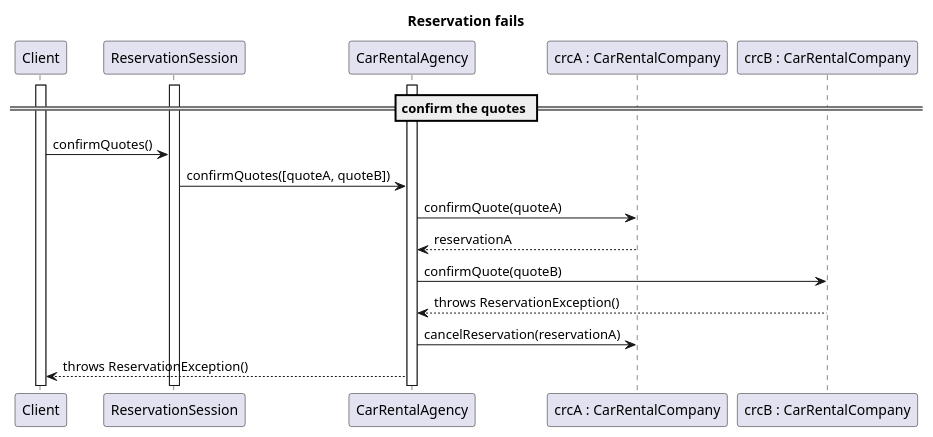
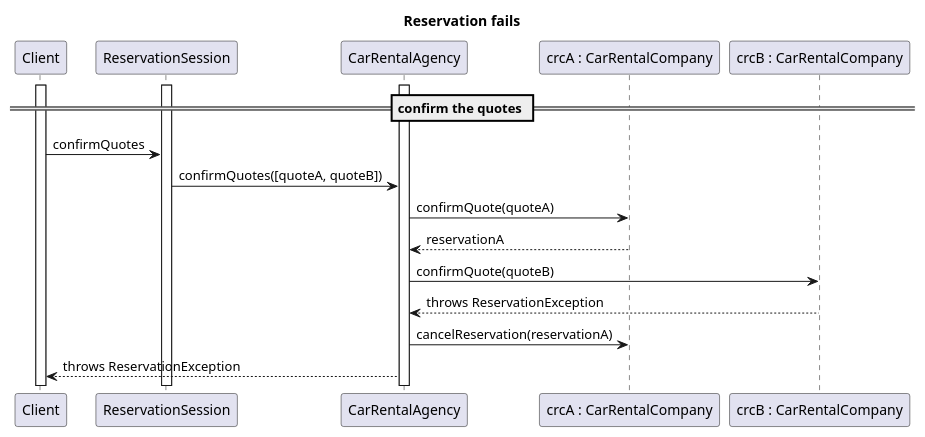
The diagram in diagrams/sequenceDiagrams/reservationFails.puml (Bhamoss/java_rmi_ds_project), drawn with PlantUML before and after one commit. The commit also changed 2 other files, not shown here.

Commit message:
little change to seq diagrams

```diff
--- a/diagrams/sequenceDiagrams/reservationFails.puml
+++ b/diagrams/sequenceDiagrams/reservationFails.puml
@@ -1,35 +1,35 @@
 @startuml
 title "Reservation fails"
 
 
 participant Client
 participant ReservationSession
 participant CarRentalAgency
 participant "crcA : CarRentalCompany" as CarRentalCompanyA
 participant "crcB : CarRentalCompany" as CarRentalCompanyB
 
 
 activate Client
 activate ReservationSession
 activate CarRentalAgency
 
 == confirm the quotes ==
 
-Client -> ReservationSession: confirmQuotes()
+Client -> ReservationSession: confirmQuotes
 ReservationSession -> CarRentalAgency: confirmQuotes([quoteA, quoteB])
 
 CarRentalAgency->CarRentalCompanyA: confirmQuote(quoteA)
 CarRentalCompanyA--> CarRentalAgency: reservationA
 
 
 CarRentalAgency->CarRentalCompanyB: confirmQuote(quoteB)
-CarRentalCompanyB--> CarRentalAgency: throws ReservationException()
+CarRentalCompanyB--> CarRentalAgency: throws ReservationException
 
 CarRentalAgency->CarRentalCompanyA: cancelReservation(reservationA)
 
-CarRentalAgency-->Client: throws ReservationException()
+CarRentalAgency-->Client: throws ReservationException
 
 
 
 
 @enduml
```
